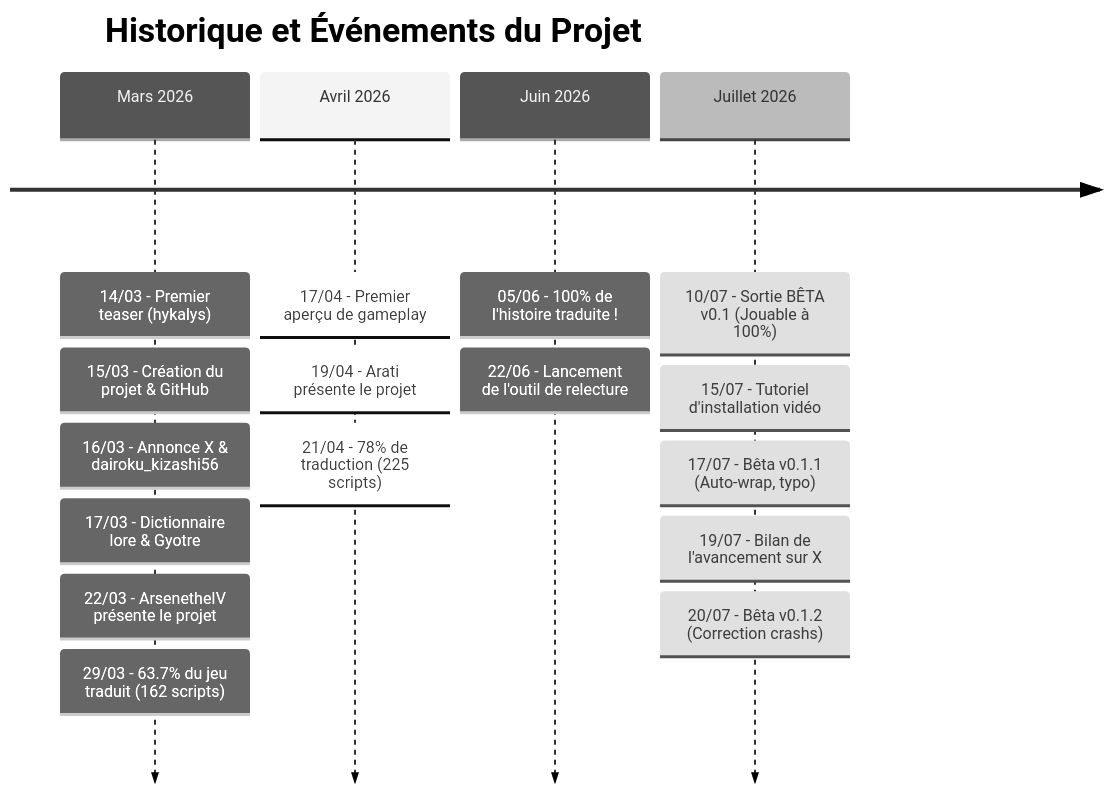
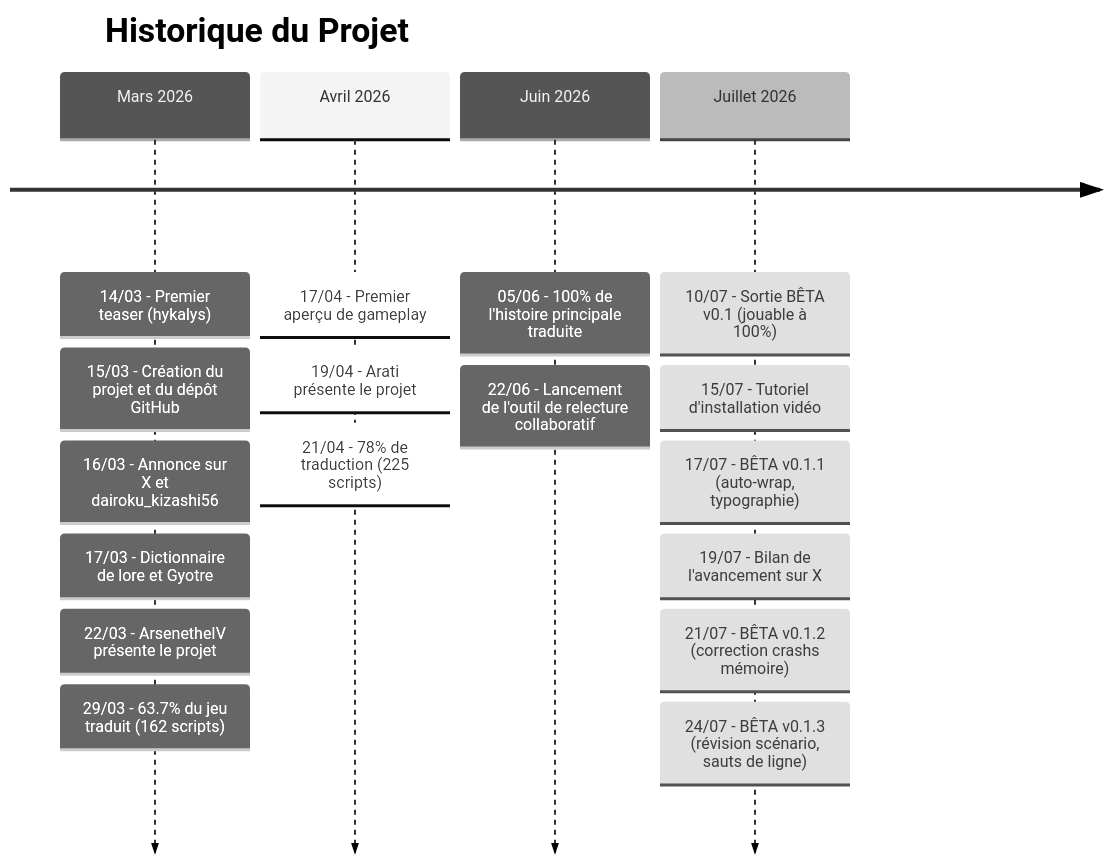
One commit to Grimoire-du-Coeur/P2-IS-FR-PSP changed the diagram in SUIVI.md. Above: the diagram before and after it, drawn with Mermaid (neutral theme). The commit also changed other lines of this file and 5 other files, not shown here.

````diff
--- a/SUIVI.md
+++ b/SUIVI.md
@@ -72,20 +25,21 @@
 ```mermaid
 timeline
-    title Historique et Événements du Projet
+    title Historique du Projet
     Mars 2026 : 14/03 - Premier teaser (hykalys)
-              : 15/03 - Création du projet & GitHub
-              : 16/03 - Annonce X & dairoku_kizashi56
-              : 17/03 - Dictionnaire lore & Gyotre
+              : 15/03 - Création du projet et du dépôt GitHub
+              : 16/03 - Annonce sur X et dairoku_kizashi56
+              : 17/03 - Dictionnaire de lore et Gyotre
               : 22/03 - ArsenetheIV présente le projet
               : 29/03 - 63.7% du jeu traduit (162 scripts)
     Avril 2026 : 17/04 - Premier aperçu de gameplay
                : 19/04 - Arati présente le projet
                : 21/04 - 78% de traduction (225 scripts)
-    Juin 2026 : 05/06 - 100% de l'histoire traduite !
-              : 22/06 - Lancement de l'outil de relecture
-    Juillet 2026 : 10/07 - Sortie BÊTA v0.1 (Jouable à 100%)
+    Juin 2026 : 05/06 - 100% de l'histoire principale traduite
+              : 22/06 - Lancement de l'outil de relecture collaboratif
+    Juillet 2026 : 10/07 - Sortie BÊTA v0.1 (jouable à 100%)
                  : 15/07 - Tutoriel d'installation vidéo
-                 : 17/07 - Bêta v0.1.1 (Auto-wrap, typo)
+                 : 17/07 - BÊTA v0.1.1 (auto-wrap, typographie)
                  : 19/07 - Bilan de l'avancement sur X
-                 : 20/07 - Bêta v0.1.2 (Correction crashs)
+                 : 21/07 - BÊTA v0.1.2 (correction crashs mémoire)
+                 : 24/07 - BÊTA v0.1.3 (révision scénario, sauts de ligne)
 ```
````
